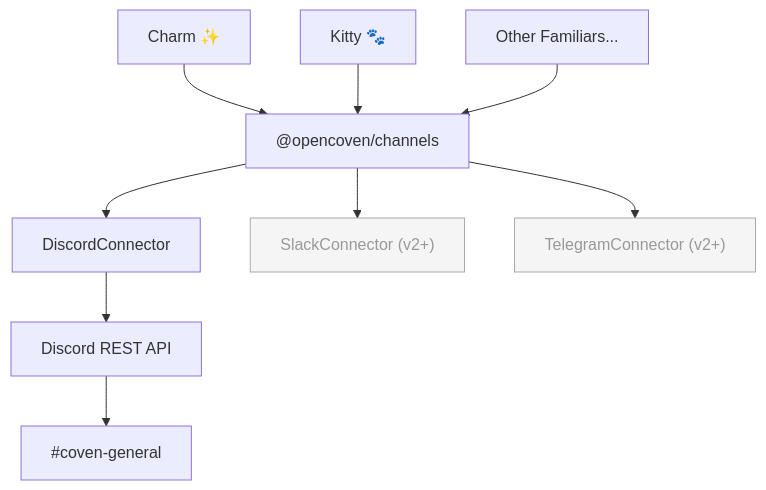
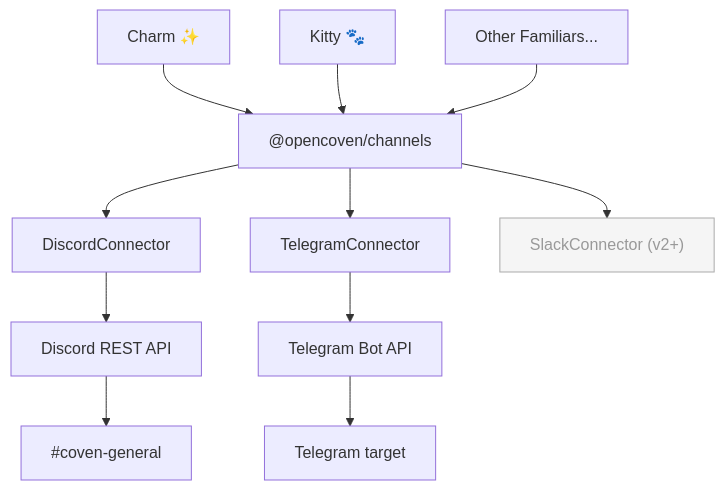
One commit to OpenCoven/coven changed the first of 2 diagrams in specs/coven-channels/PRODUCT.md. Above: the diagram before and after it, drawn with Mermaid. The commit also changed other lines of this file and 33 other files, not shown here.

````diff
--- a/specs/coven-channels/PRODUCT.md
+++ b/specs/coven-channels/PRODUCT.md
@@ -47,16 +47,17 @@
 ```mermaid
 graph TD
     Charm["Charm ✨"] --> pkg["@opencoven/channels"]
     Kitty["Kitty 🐾"] --> pkg
     Other["Other Familiars..."] --> pkg
 
     pkg --> DC["DiscordConnector"]
+    pkg --> TC["TelegramConnector"]
     pkg --> SC["SlackConnector (v2+)"]
-    pkg --> TC["TelegramConnector (v2+)"]
 
     DC --> DAPI["Discord REST API"]
     DAPI --> CH["#coven-general"]
+    TC --> TAPI["Telegram Bot API"]
+    TAPI --> DM["Telegram target"]
 
     style SC fill:#f5f5f5,stroke:#aaa,color:#999
-    style TC fill:#f5f5f5,stroke:#aaa,color:#999
 ```
````
